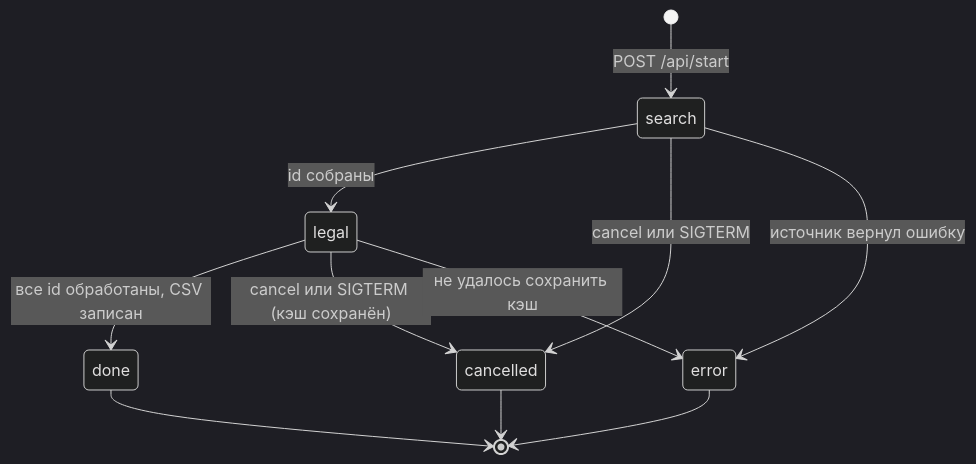
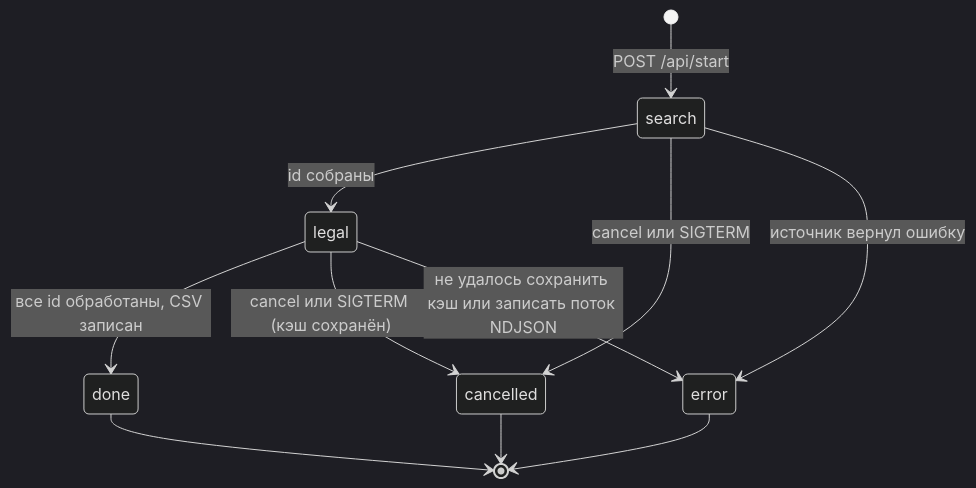
One commit to OkaneKatsuro/go-wb changed the fifth of 7 diagrams in README.md. Above: the diagram before and after it, drawn with Mermaid (dark theme). The commit also changed other lines of this file, not shown here.

````diff
--- a/README.md
+++ b/README.md
@@ -177,13 +182,13 @@
 ```mermaid
 stateDiagram-v2
     [*] --> search : POST /api/start
     search --> legal : id собраны
     search --> cancelled : cancel или SIGTERM
     search --> error : источник вернул ошибку
     legal --> done : все id обработаны, CSV записан
     legal --> cancelled : cancel или SIGTERM (кэш сохранён)
-    legal --> error : не удалось сохранить кэш
+    legal --> error : не удалось сохранить кэш или записать поток NDJSON
     done --> [*]
     cancelled --> [*]
     error --> [*]
 ```
````
